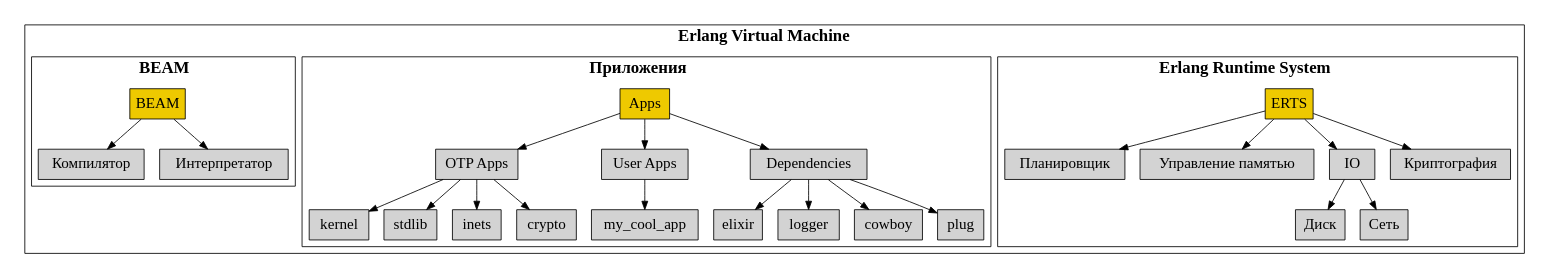
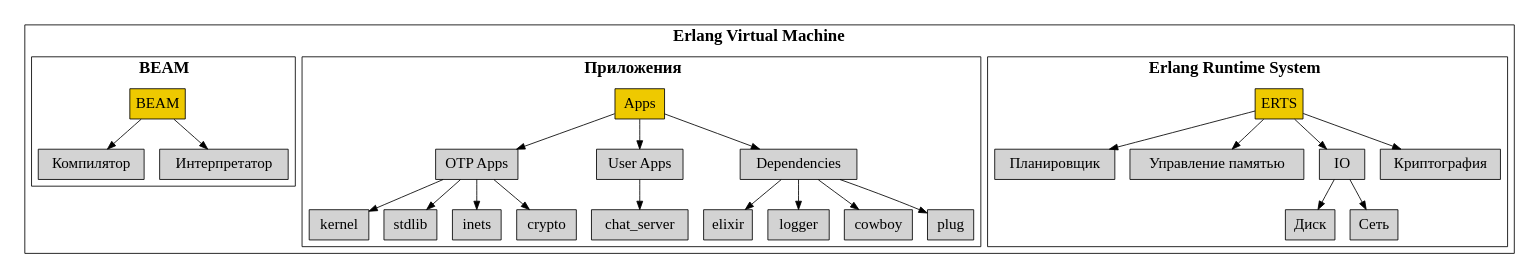
Before and after one commit to yzh44yzh/elixir_course_2: the diagram in lesson_04/img/release.dot, drawn with Graphviz. The commit also changed 15 other files, not shown here.

```diff
--- a/lesson_04/img/release.dot
+++ b/lesson_04/img/release.dot
@@ -1,75 +1,75 @@
 digraph GS {
 
     graph [pad=0.2, fontname="UbuntuMono", fontsize=20]
     node [shape=box, style=filled, fontname="UbuntuMono", fontsize=18]
 
     subgraph clusterEVM {
         label = <<b>Erlang Virtual Machine</b>>;
 
         subgraph clusterERTS {
             label = <<b>Erlang Runtime System</b>>;
             ERTS [fillcolor=gold2];
             Планировщик
             "Управление памятью"
             IO
             Криптография
             Диск
             Сеть
         }
 
         subgraph clusterApps {
             label = <<b>Приложения</b>>;
             Apps [fillcolor=gold2];
 
             "OTP Apps"
             kernel
             stdlib
             inets
             crypto
 
             "User Apps"
-            my_cool_app
+            chat_server
 
             Dependencies
             elixir
             logger
             cowboy
             plug
         }
 
         subgraph clusterBEAM {
             label = <<b>BEAM</b>>;
             BEAM [fillcolor=gold2];
             Компилятор
             Интерпретатор
         }
     }
 
 
     ERTS -> Планировщик
     ERTS -> "Управление памятью"
     ERTS -> IO
     ERTS -> Криптография
 
     IO -> Диск
     IO -> Сеть
 
     Apps -> "OTP Apps"
     Apps -> "User Apps"
     Apps -> Dependencies
 
     "OTP Apps" -> kernel
     "OTP Apps" -> stdlib
     "OTP Apps" -> inets
     "OTP Apps" -> crypto
 
-    "User Apps" -> my_cool_app
+    "User Apps" -> chat_server
 
     Dependencies -> elixir
     Dependencies -> logger
     Dependencies -> cowboy
     Dependencies -> plug
 
     BEAM -> Компилятор
     BEAM -> Интерпретатор
 }
```
